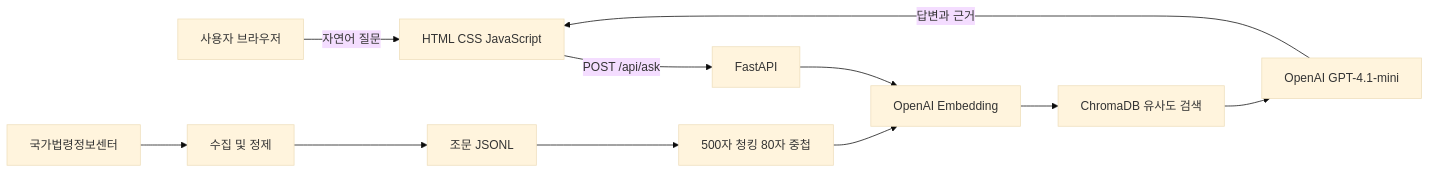
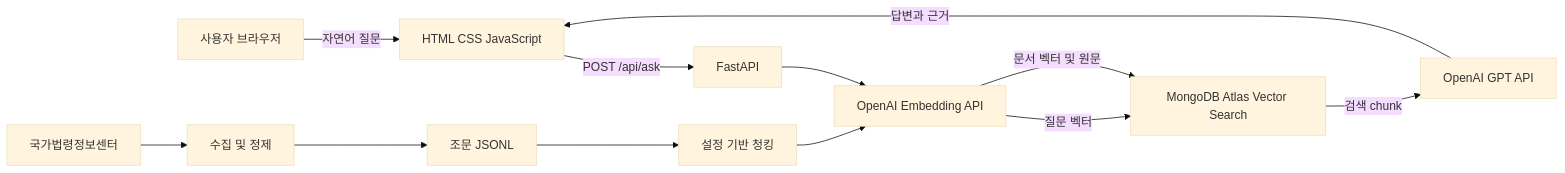
The diagram in docs/architecture.md (madison-yoon/worklaw-rag), drawn with Mermaid (base theme) before and after one commit. The commit also changed other lines of this file, not shown here.

Commit message:
feat: migrate RAG vector storage to MongoDB Atlas

````diff
--- a/docs/architecture.md
+++ b/docs/architecture.md
@@ -3,13 +3,14 @@
 ```mermaid
 flowchart LR
  U[사용자 브라우저] -->|자연어 질문| UI[HTML CSS JavaScript]
  UI -->|POST /api/ask| API[FastAPI]
- API --> EMB[OpenAI Embedding]
- EMB --> VDB[ChromaDB 유사도 검색]
- VDB --> LLM[OpenAI GPT-4.1-mini]
+ API --> EMB[OpenAI Embedding API]
+ EMB -->|질문 벡터| VDB[MongoDB Atlas Vector Search]
+ VDB -->|검색 chunk| LLM[OpenAI GPT API]
  LLM -->|답변과 근거| UI
  LAW[국가법령정보센터] --> COL[수집 및 정제]
  COL --> JSONL[조문 JSONL]
- JSONL --> CHUNK[500자 청킹 80자 중첩]
+ JSONL --> CHUNK[설정 기반 청킹]
  CHUNK --> EMB
+ EMB -->|문서 벡터 및 원문| VDB
 ```
````
